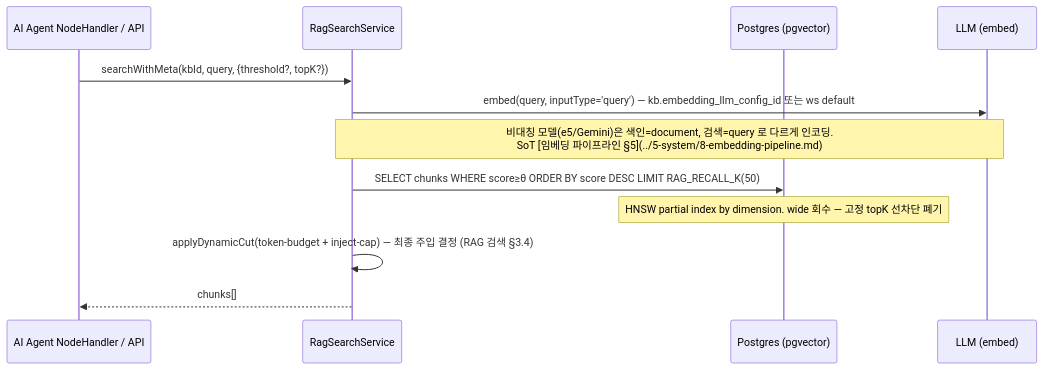
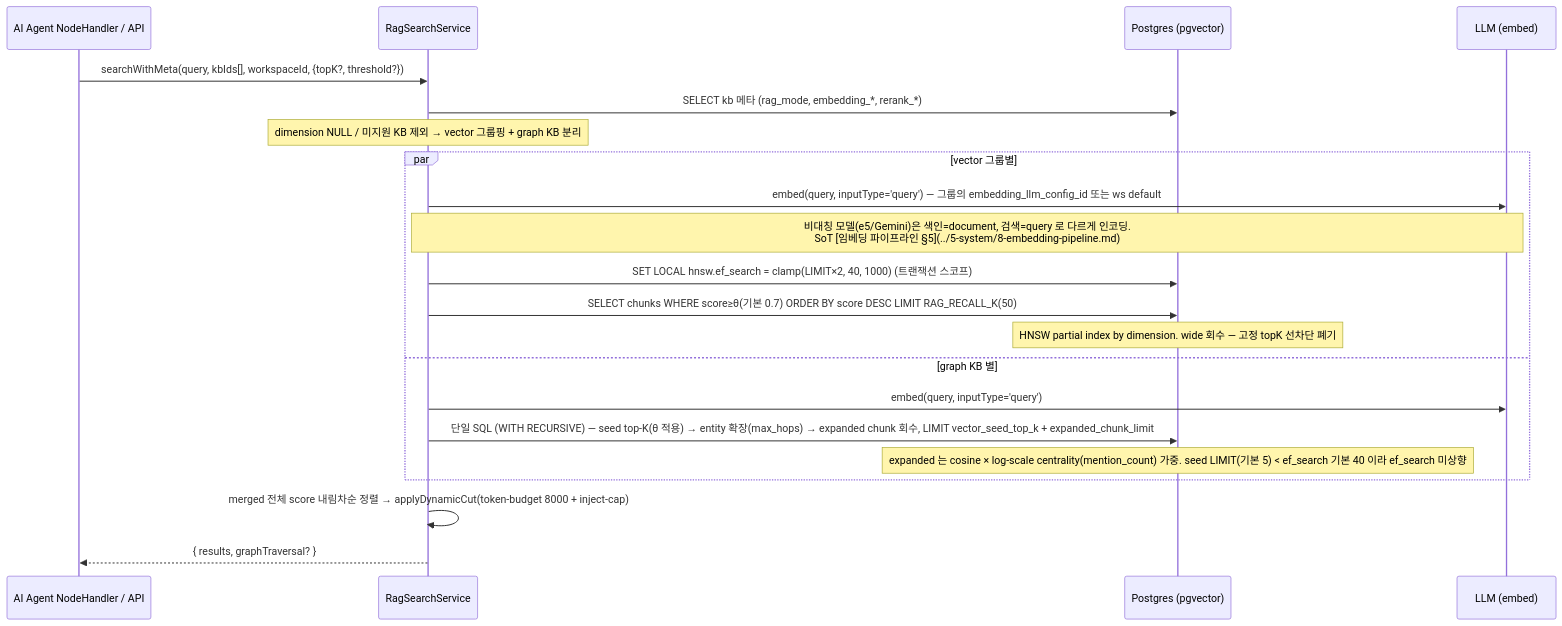
Before and after one commit to worker-ants/clemvion: the third of 6 diagrams in spec/data-flow/6-knowledge-base.md, drawn with Mermaid. The commit also changed other lines of this file and 89 other files, not shown here.

First line of the commit message:
docs(spec): spec↔code 전수 상호 감사 — 역방향 커버리지 + drift 동기화 + data-flow 재구성 (위반 19건 보고) (#516)

````diff
--- a/spec/data-flow/6-knowledge-base.md
+++ b/spec/data-flow/6-knowledge-base.md
@@ -109,15 +135,24 @@
 ```mermaid
 sequenceDiagram
   participant H as AI Agent NodeHandler / API
   participant R as RagSearchService
   participant PG as Postgres (pgvector)
   participant LLM as LLM (embed)
 
-  H->>R: searchWithMeta(kbId, query, {threshold?, topK?})
-  R->>LLM: embed(query, inputType='query') — kb.embedding_llm_config_id 또는 ws default
-  Note over R,LLM: 비대칭 모델(e5/Gemini)은 색인=document, 검색=query 로 다르게 인코딩.<br/>SoT [임베딩 파이프라인 §5](../5-system/8-embedding-pipeline.md)
-  R->>PG: SELECT chunks WHERE score≥θ ORDER BY score DESC LIMIT RAG_RECALL_K(50)
-  Note over PG: HNSW partial index by dimension. wide 회수 — 고정 topK 선차단 폐기
-  R->>R: applyDynamicCut(token-budget + inject-cap) — 최종 주입 결정 (RAG 검색 §3.4)
-  R-->>H: chunks[]
+  H->>R: searchWithMeta(query, kbIds[], workspaceId, {topK?, threshold?})
+  R->>PG: SELECT kb 메타 (rag_mode, embedding_*, rerank_*)
+  Note over R: dimension NULL / 미지원 KB 제외 → vector 그룹핑 + graph KB 분리
+  par vector 그룹별
+    R->>LLM: embed(query, inputType='query') — 그룹의 embedding_llm_config_id 또는 ws default
+    Note over R,LLM: 비대칭 모델(e5/Gemini)은 색인=document, 검색=query 로 다르게 인코딩.<br/>SoT [임베딩 파이프라인 §5](../5-system/8-embedding-pipeline.md)
+    R->>PG: SET LOCAL hnsw.ef_search = clamp(LIMIT×2, 40, 1000) (트랜잭션 스코프)
+    R->>PG: SELECT chunks WHERE score≥θ(기본 0.7) ORDER BY score DESC LIMIT RAG_RECALL_K(50)
+    Note over PG: HNSW partial index by dimension. wide 회수 — 고정 topK 선차단 폐기
+  and graph KB 별
+    R->>LLM: embed(query, inputType='query')
+    R->>PG: 단일 SQL (WITH RECURSIVE) — seed top-K(θ 적용) → entity 확장(max_hops) → expanded chunk 회수, LIMIT vector_seed_top_k + expanded_chunk_limit
+    Note over PG: expanded 는 cosine × log-scale centrality(mention_count) 가중. seed LIMIT(기본 5) < ef_search 기본 40 이라 ef_search 미상향
+  end
+  R->>R: merged 전체 score 내림차순 정렬 → applyDynamicCut(token-budget 8000 + inject-cap)
+  R-->>H: { results, graphTraversal? }
 ```
````
